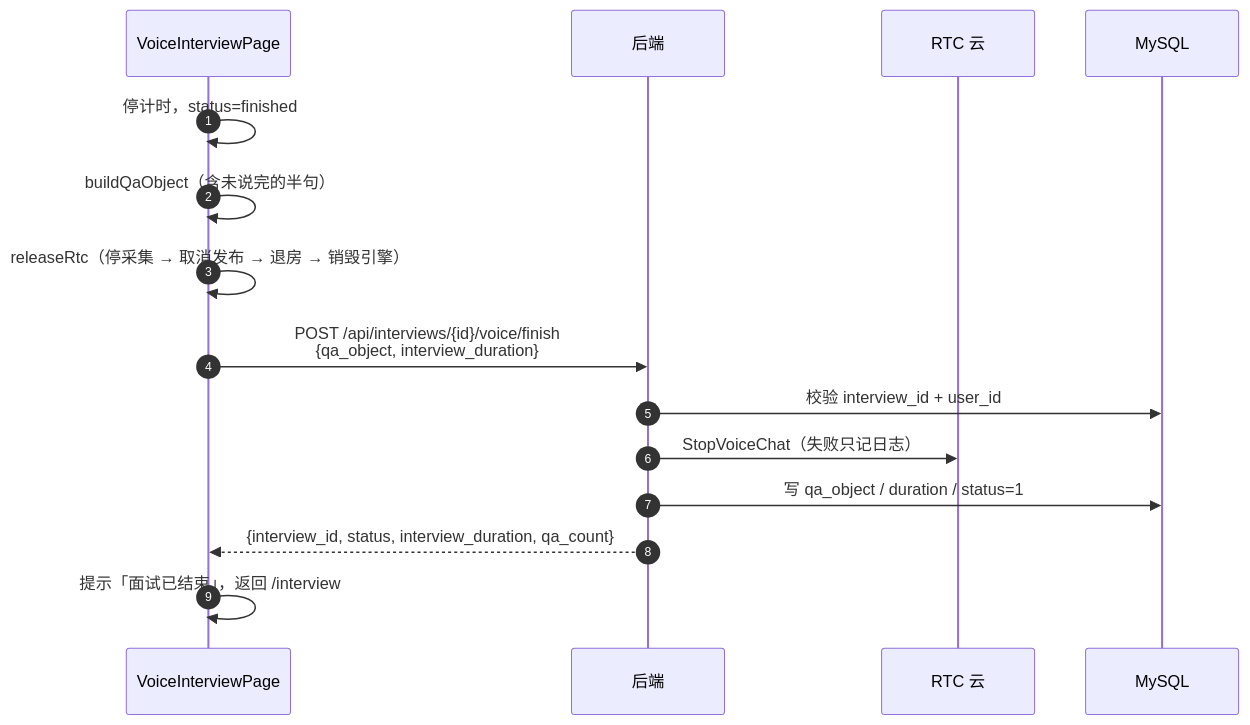
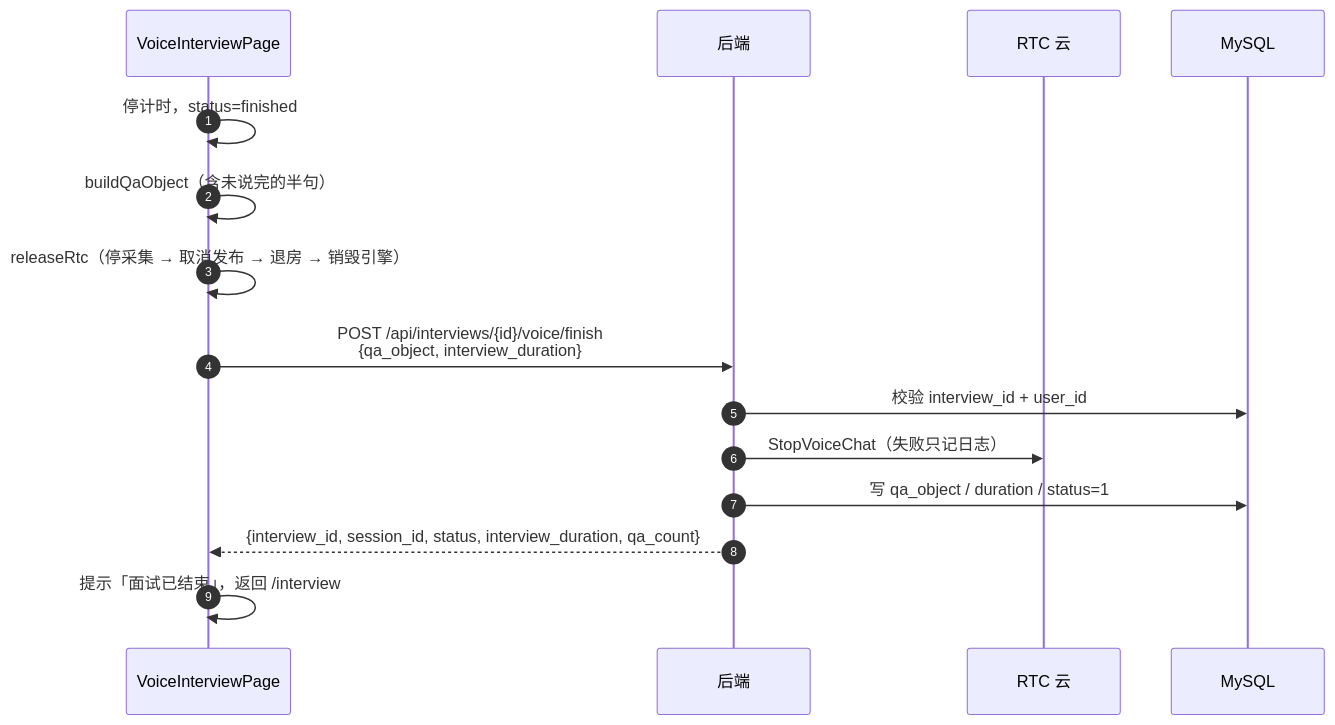
Before and after one commit to jiayinjiang-pistachio/study-pass-ai: the seventh of 8 diagrams in agent-backend/docs/voice-interview-design.md, drawn with Mermaid. The commit also changed other lines of this file and 56 other files, not shown here.

````diff
--- a/agent-backend/docs/voice-interview-design.md
+++ b/agent-backend/docs/voice-interview-design.md
@@ -444,18 +445,18 @@
 ```mermaid
 sequenceDiagram
     autonumber
     participant FE as VoiceInterviewPage
     participant API as 后端
     participant RTC as RTC 云
     participant DB as MySQL
 
     FE->>FE: 停计时，status=finished
     FE->>FE: buildQaObject（含未说完的半句）
     FE->>FE: releaseRtc（停采集 → 取消发布 → 退房 → 销毁引擎）
     FE->>API: POST /api/interviews/{id}/voice/finish<br/>{qa_object, interview_duration}
     API->>DB: 校验 interview_id + user_id
     API->>RTC: StopVoiceChat（失败只记日志）
     API->>DB: 写 qa_object / duration / status=1
-    API-->>FE: {interview_id, status, interview_duration, qa_count}
+    API-->>FE: {interview_id, session_id, status, interview_duration, qa_count}
     FE->>FE: 提示「面试已结束」，返回 /interview
 ```
````
